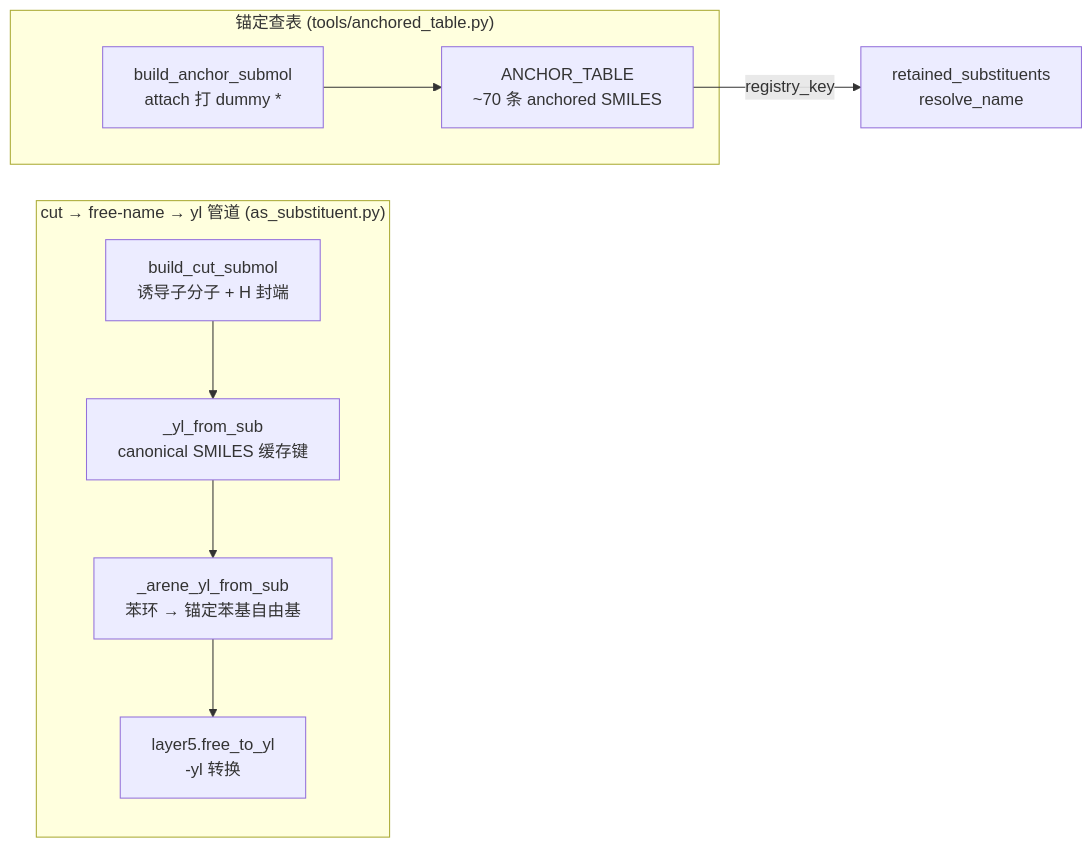
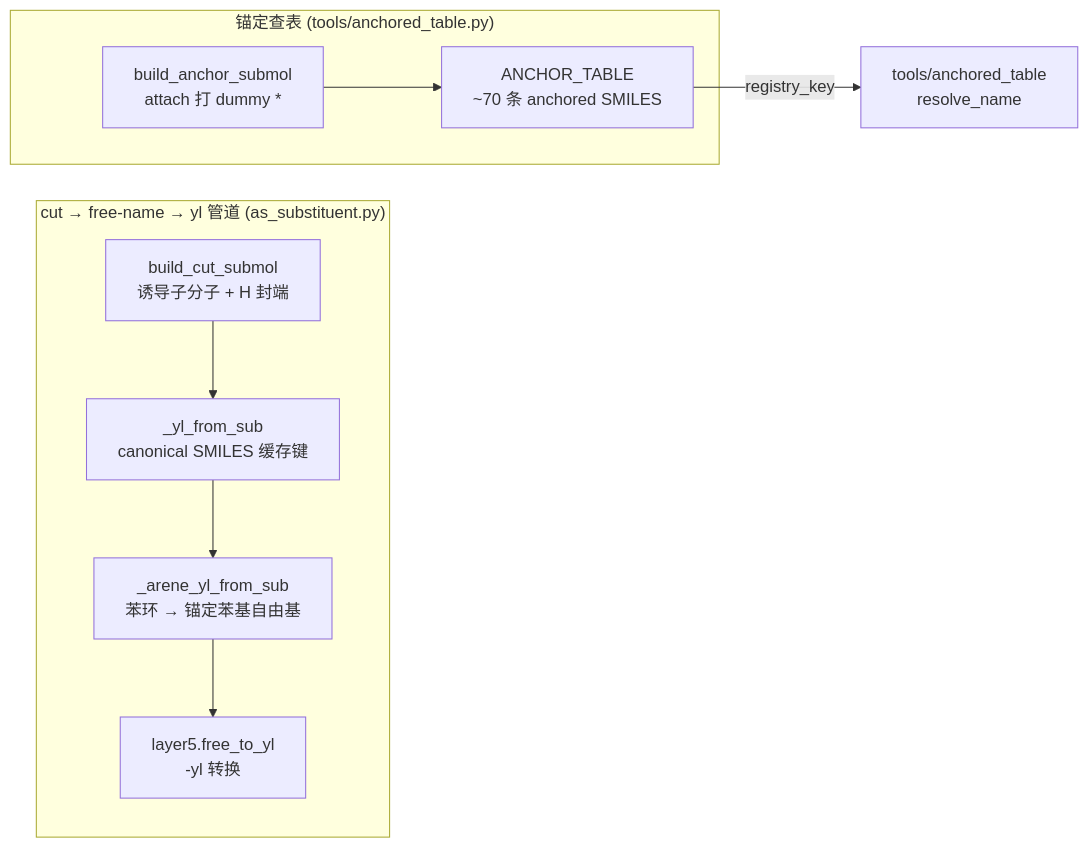
One commit to zouxiaofei1/OpenSMILES changed the second of 2 diagrams in docs/wiki/architecture/layer3-substituents.md. Above: the diagram before and after it, drawn with Mermaid. The commit also changed other lines of this file and 11 other files, not shown here.

````diff
--- a/docs/wiki/architecture/layer3-substituents.md
+++ b/docs/wiki/architecture/layer3-substituents.md
@@ -201,20 +184,20 @@
 ```mermaid
 flowchart LR
     subgraph CUT["cut → free-name → yl 管道 (as_substituent.py)"]
         BC["build_cut_submol<br/>诱导子分子 + H 封端"]
         YL["_yl_from_sub<br/>canonical SMILES 缓存键"]
         ARENE["_arene_yl_from_sub<br/>苯环 → 锚定苯基自由基"]
         FY["layer5.free_to_yl<br/>-yl 转换"]
     end
 
     subgraph ANCHOR["锚定查表 (tools/anchored_table.py)"]
         BA["build_anchor_submol<br/>attach 打 dummy *"]
         AT["ANCHOR_TABLE<br/>~70 条 anchored SMILES"]
     end
 
     BC --> YL
     YL --> ARENE
     ARENE --> FY
     BA --> AT
-    AT -->|"registry_key"| REG["retained_substituents<br/>resolve_name"]
+    AT -->|"registry_key"| REG["tools/anchored_table<br/>resolve_name"]
 ```
````
